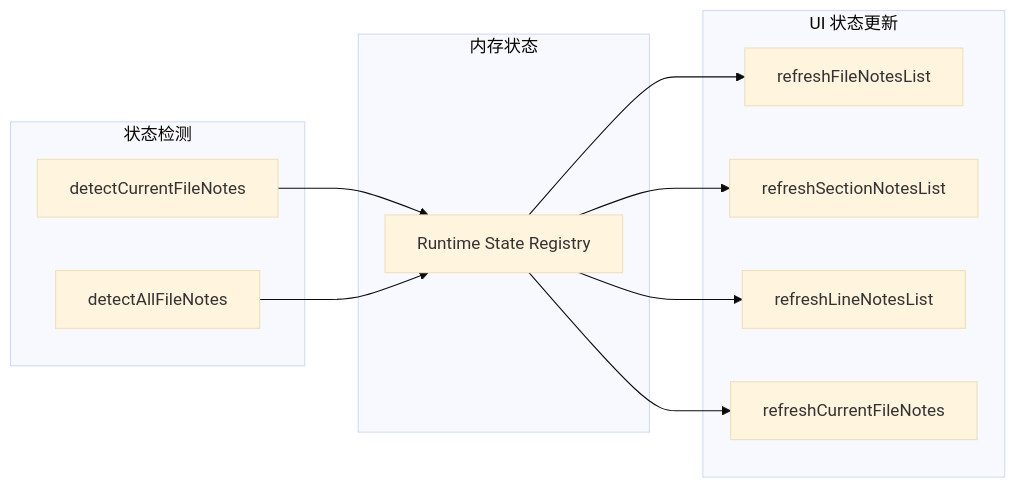
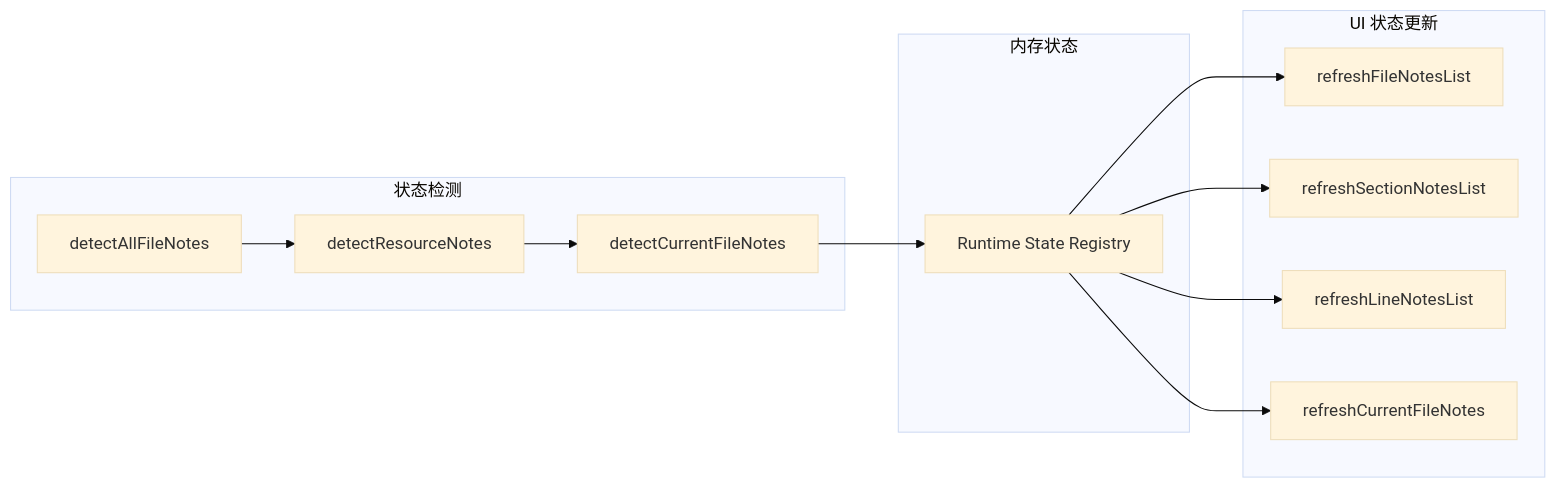
Before and after one commit to Leo7805/czaza: the second of 2 diagrams in .czaza/architecture-notes/diagrams/runtime-state-detection-and-ui-refresh.md, drawn with Mermaid (base theme). The commit also changed other lines of this file and 10 other files, not shown here.

Commit message:
refactor(runtime-state): extract resource detection from notes provider

````diff
--- a/.czaza/architecture-notes/diagrams/runtime-state-detection-and-ui-refresh.md
+++ b/.czaza/architecture-notes/diagrams/runtime-state-detection-and-ui-refresh.md
@@ -33,25 +33,27 @@
 ```mermaid
 flowchart LR
     subgraph Detection[状态检测]
+        R[detectResourceNotes]
         A[detectCurrentFileNotes]
         B[detectAllFileNotes]
     end
 
     subgraph State[内存状态]
         C[Runtime State Registry]
     end
 
     subgraph Refresh[UI 状态更新]
         D[refreshFileNotesList]
         E[refreshSectionNotesList]
         F[refreshLineNotesList]
         G[refreshCurrentFileNotes]
     end
 
+    R --> A
+    B --> R
     A --> C
-    B --> C
     C --> D
     C --> E
     C --> F
     C --> G
 ```
````
